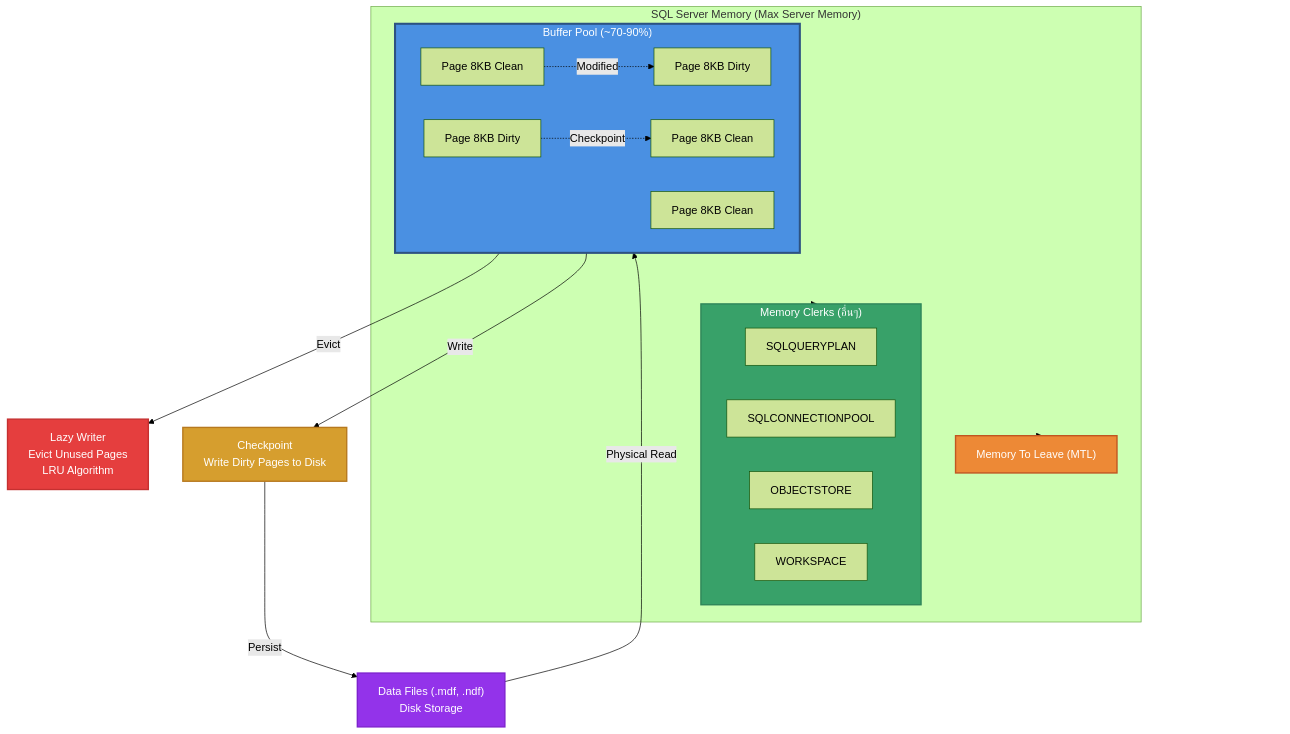
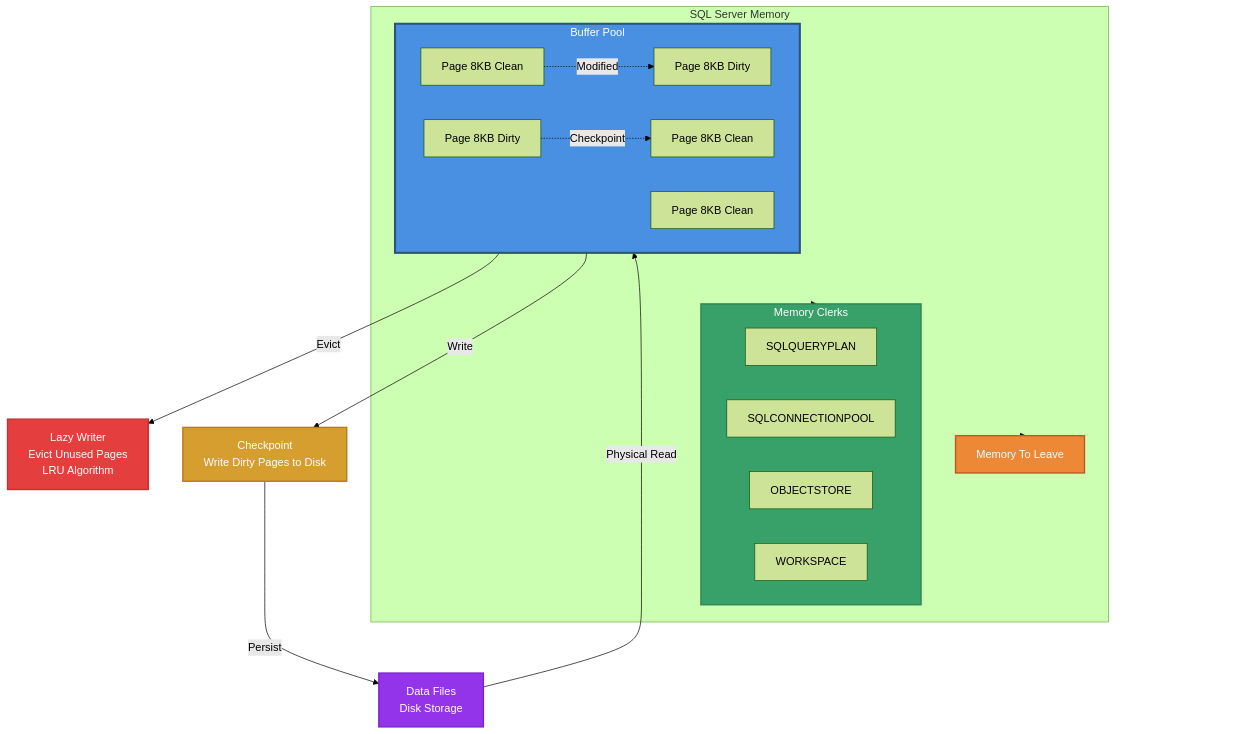
One commit to phakkhaphong/sql-server-performance-tuning changed the fifth of 7 diagrams in Module_04_Memory/README.md. Above: the diagram before and after it, drawn with Mermaid (forest theme). The commit also changed other lines of this file, not shown here.

Commit message:
Standardize terminology and remove HTML line breaks in README diagrams for SQL Server Memory Models, enhancing clarity and consistency in visual representation.

````diff
--- a/Module_04_Memory/README.md
+++ b/Module_04_Memory/README.md
@@ -272,54 +272,54 @@
 ```mermaid
 flowchart TB
-    subgraph SQLServerMemory["SQL Server Memory (Max Server Memory)"]
-        subgraph BufferPool["Buffer Pool (~70-90%)"]
+    subgraph SQLServerMemory["SQL Server Memory"]
+        subgraph BufferPool["Buffer Pool"]
             direction LR
             P1["Page 8KB Clean"]
             P2["Page 8KB Clean"]
             P3["Page 8KB Dirty"]
             P4["Page 8KB Dirty"]
             P5["Page 8KB Clean"]
             
             P1 -.->|Modified| P3
             P4 -.->|Checkpoint| P2
         end
         
         Spacer1[ ]
         
-        subgraph MemoryClerks["Memory Clerks (อื่นๆ)"]
+        subgraph MemoryClerks["Memory Clerks"]
             MC1["SQLQUERYPLAN"]
             MC2["SQLCONNECTIONPOOL"]
             MC3["OBJECTSTORE"]
             MC4["WORKSPACE"]
         end
         
-        MTL["Memory To Leave (MTL)"]
+        MTL["Memory To Leave"]
     end
     
     Spacer2[ ]
     
     LW["Lazy Writer<br/>Evict Unused Pages<br/>LRU Algorithm"]
     CP["Checkpoint<br/>Write Dirty Pages to Disk"]
     
     Spacer3[ ]
     
-    DataFiles["Data Files (.mdf, .ndf)<br/>Disk Storage"]
+    DataFiles["Data Files<br/>Disk Storage"]
     
     BufferPool -->|Evict| LW
     BufferPool -->|Write| CP
     CP -->|Persist| DataFiles
     DataFiles -->|Physical Read| BufferPool
     
     SQLServerMemory --> MemoryClerks
     SQLServerMemory --> MTL
     
     style BufferPool fill:#4a90e2,stroke:#2c5282,stroke-width:3px,color:#fff
     style MemoryClerks fill:#38a169,stroke:#2f855a,stroke-width:2px,color:#fff
     style MTL fill:#ed8936,stroke:#c05621,stroke-width:2px,color:#fff
     style LW fill:#e53e3e,stroke:#c53030,stroke-width:2px,color:#fff
     style CP fill:#d69e2e,stroke:#b7791f,stroke-width:2px,color:#fff
     style DataFiles fill:#9333ea,stroke:#7e22ce,stroke-width:2px,color:#fff
     style Spacer1 fill:transparent,stroke:transparent,color:transparent
     style Spacer2 fill:transparent,stroke:transparent,color:transparent
     style Spacer3 fill:transparent,stroke:transparent,color:transparent
 ```
````
